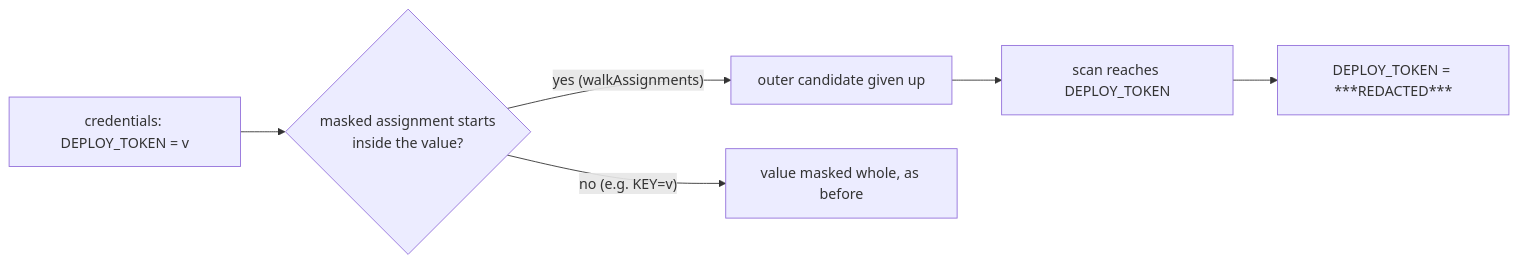
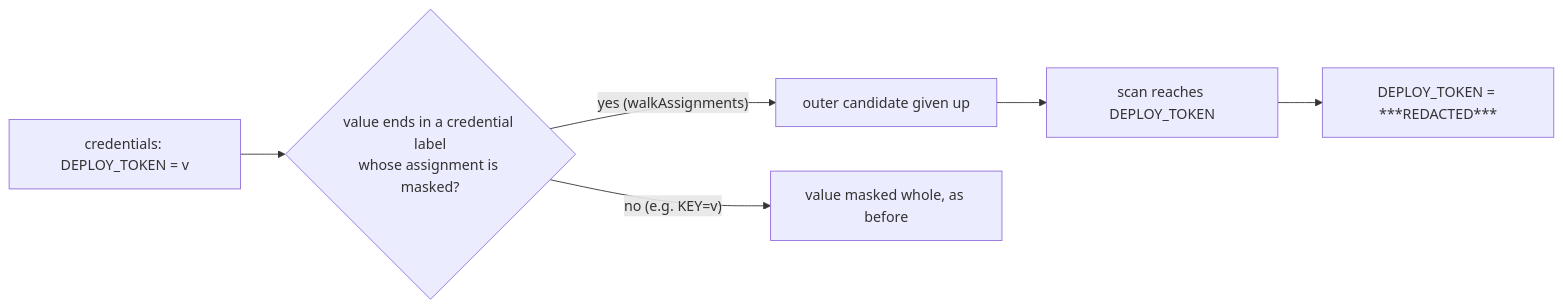
One commit to stSoftwareAU/VibeCoder changed the diagram in docs/archive/pr-summaries/pr-summary-5310.md. Above: the diagram before and after it, drawn with Mermaid. The commit also changed other lines of this file and 3 other files, not shown here.

First line of the commit message:
Judge a label-as-value by the trailing label shape (Issue #5310)

````diff
--- a/docs/archive/pr-summaries/pr-summary-5310.md
+++ b/docs/archive/pr-summaries/pr-summary-5310.md
@@ -68,8 +88,8 @@
 ```mermaid
 flowchart LR
-    A["credentials: DEPLOY_TOKEN = v"] --> B{"masked assignment starts<br/>inside the value?"}
+    A["credentials: DEPLOY_TOKEN = v"] --> B{"value ends in a credential label<br/>whose assignment is masked?"}
     B -->|"yes (walkAssignments)"| C["outer candidate given up"]
     C --> D["scan reaches DEPLOY_TOKEN"]
     D --> E["DEPLOY_TOKEN = ***REDACTED***"]
     B -->|"no (e.g. KEY=v)"| F["value masked whole, as before"]
 ```
````
